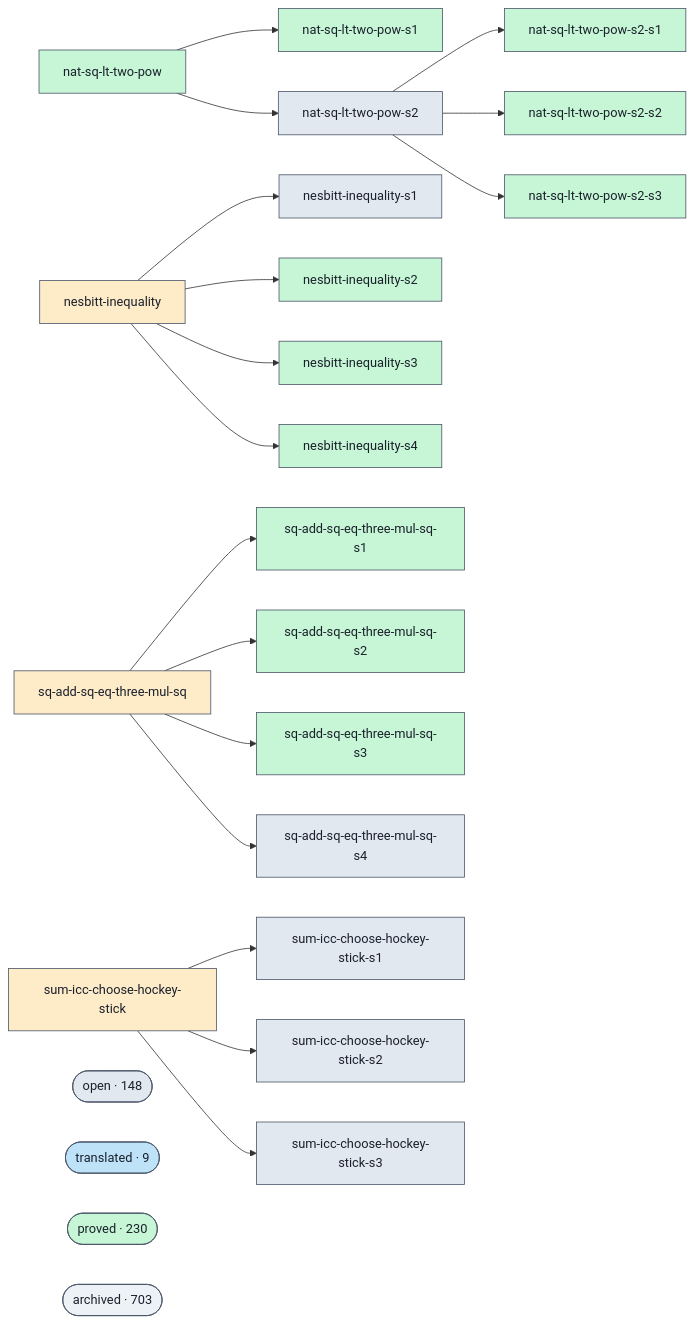
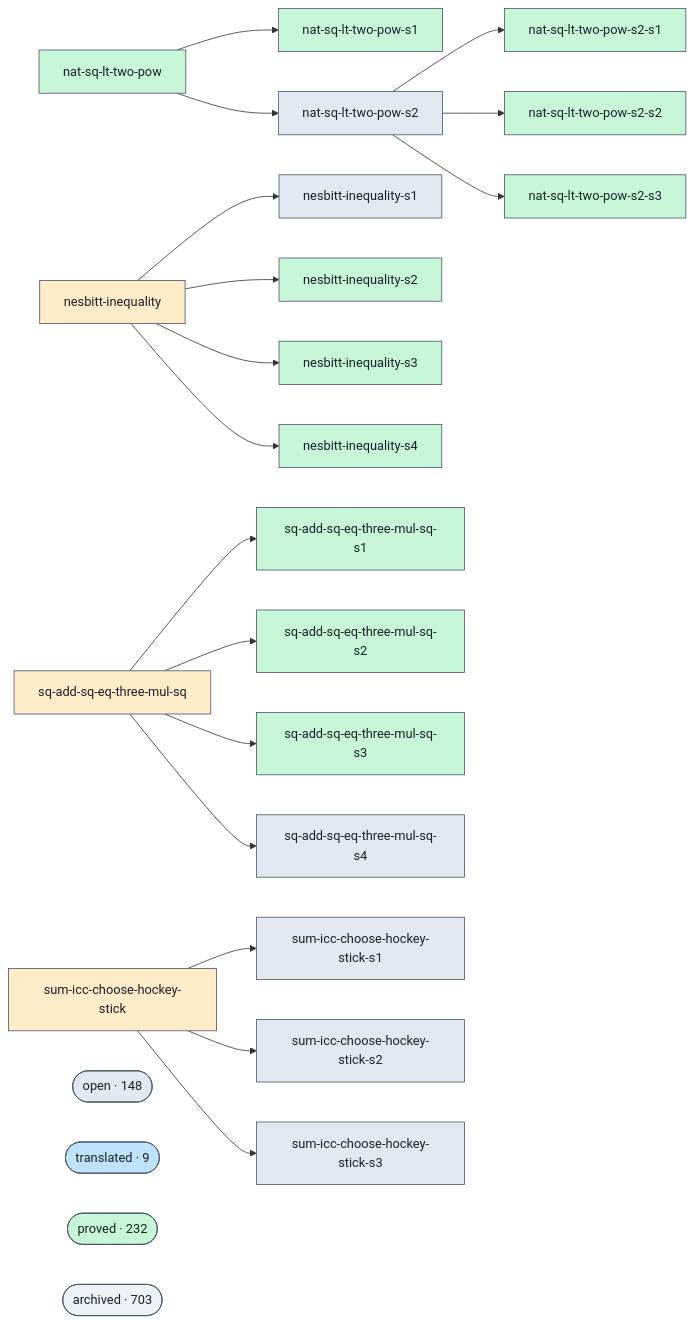
The diagram in docs/proofs-contributors-visualisation.md (ohdearquant/unsorry), drawn with Mermaid before and after one commit. The commit also changed other lines of this file and 2 other files, not shown here.

```diff
--- a/docs/proofs-contributors-visualisation.md
+++ b/docs/proofs-contributors-visualisation.md
@@ -102,7 +102,7 @@
   class cluster_open open;
   cluster_translated(["translated · 9"])
   class cluster_translated translated;
-  cluster_proved(["proved · 230"])
+  cluster_proved(["proved · 232"])
   class cluster_proved proved;
   cluster_archived(["archived · 703"])
   class cluster_archived unknown;
```
